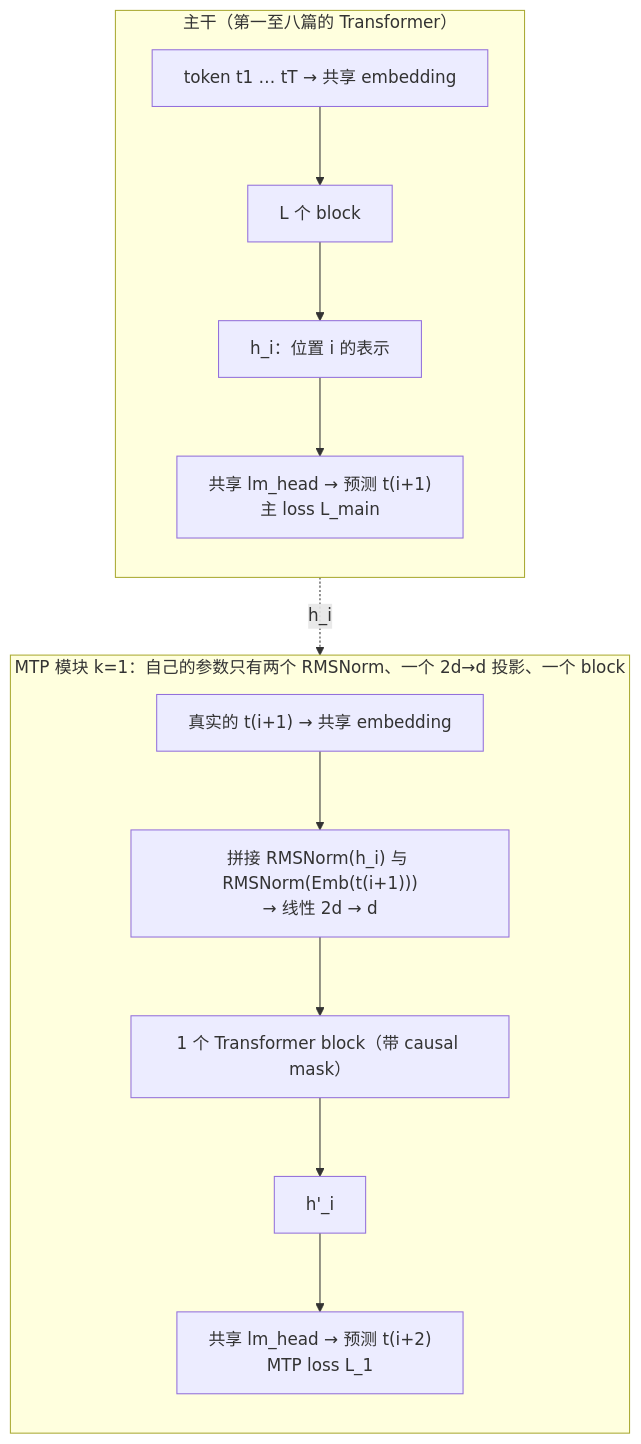
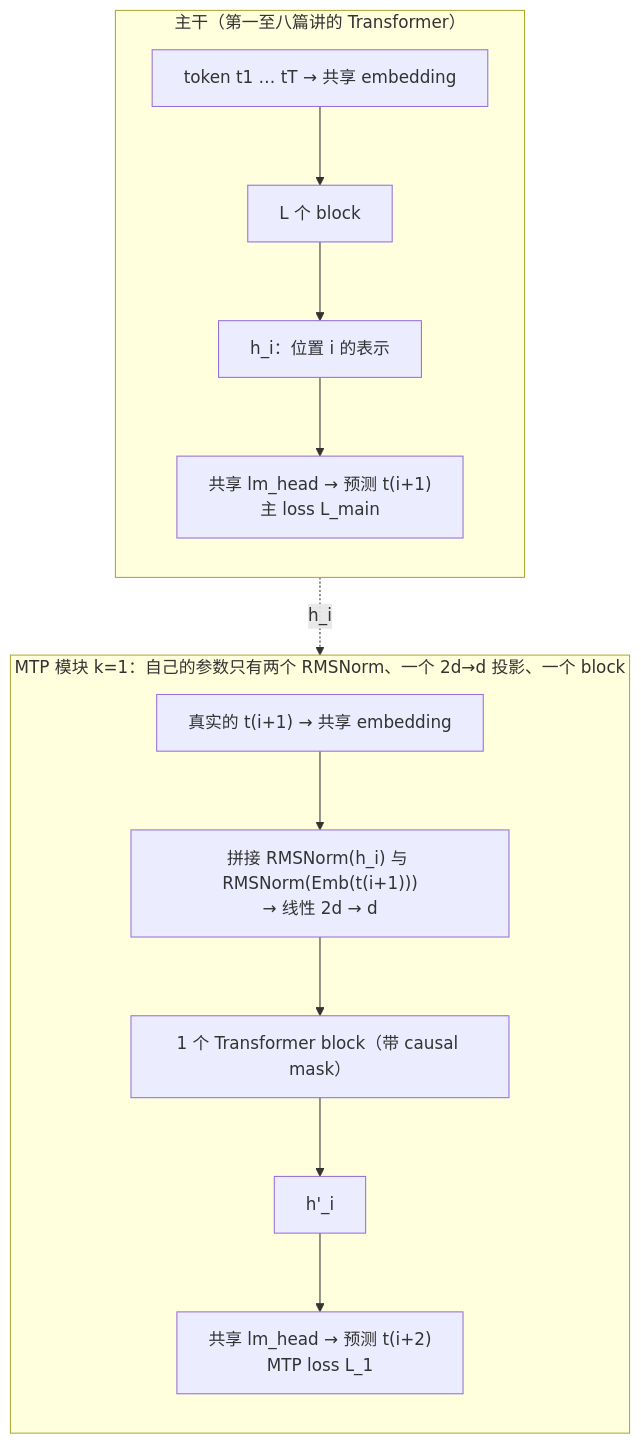
One commit to arganzheng/arganzheng.github.com changed the diagram in _posts/2026-04-05-multi-token-prediction-mtp.md. Above: the diagram before and after it, drawn with Mermaid. The commit also changed 58 other files, not shown here.

````diff
--- a/_posts/2026-04-05-multi-token-prediction-mtp.md
+++ b/_posts/2026-04-05-multi-token-prediction-mtp.md
@@ -62,17 +62,17 @@
 ```mermaid
 %%{init: {"flowchart": {"wrappingWidth": 300}}}%%
 %% 图：DeepSeek-V3 的 MTP（D=1）：主干对位置 i 输出 h_i，主头预测 t_{i+1}；MTP 模块把 RMSNorm(h_i) 与 RMSNorm(Emb(t_{i+1})) 拼接、线性投影回 d 维、过一个 Transformer block 得到 h'_i，用共享的 lm_head 预测 t_{i+2}；embedding 表与 lm_head 两处共享，只有 norm、投影、block 是 MTP 自己的参数
 flowchart TB
-    subgraph MAIN["主干（第一至八篇的 Transformer）"]
+    subgraph MAIN["主干（第一至八篇讲的 Transformer）"]
         direction TB
         IN["token t1 … tT → 共享 embedding"] --> L["L 个 block"] --> H["h_i：位置 i 的表示"]
         H --> HEAD1["共享 lm_head → 预测 t(i+1)<br/>主 loss L_main"]
     end
     subgraph MTP["MTP 模块 k=1：自己的参数只有两个 RMSNorm、一个 2d→d 投影、一个 block"]
         direction TB
         E["真实的 t(i+1) → 共享 embedding"] --> CAT["拼接 RMSNorm(h_i) 与 RMSNorm(Emb(t(i+1)))<br/>→ 线性 2d → d"]
         CAT --> B1["1 个 Transformer block（带 causal mask）"] --> H2["h'_i"]
         H2 --> HEAD2["共享 lm_head → 预测 t(i+2)<br/>MTP loss L_1"]
     end
     H -. "h_i" .-> CAT
 ```
````
